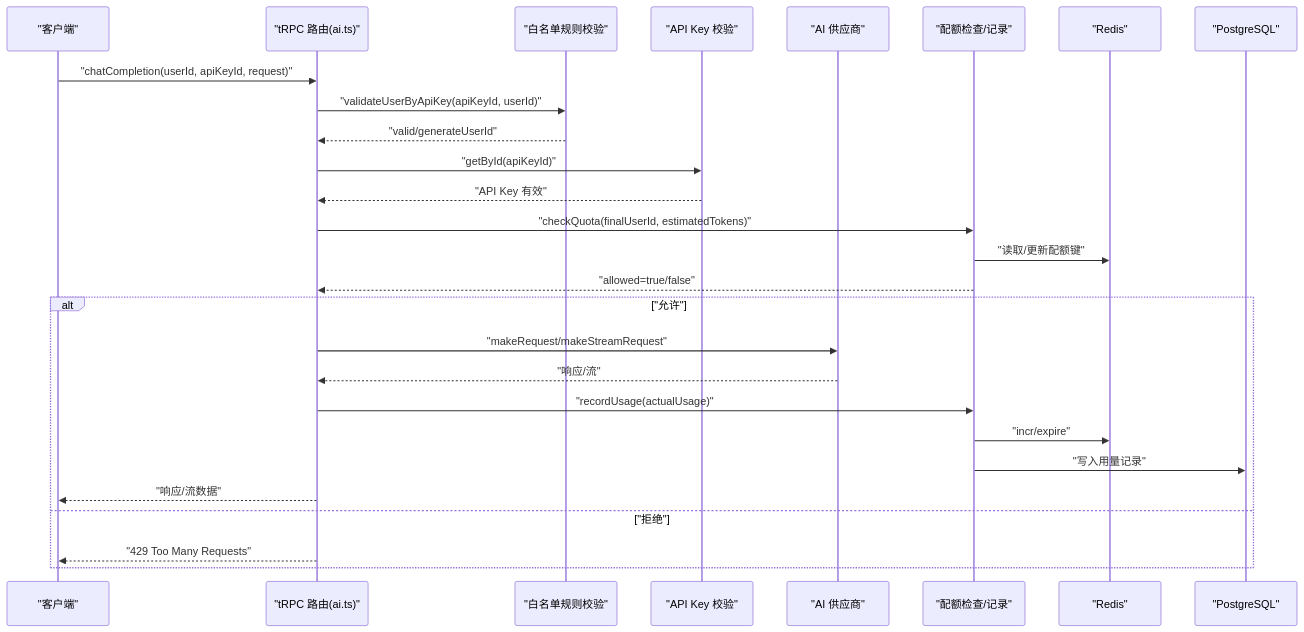
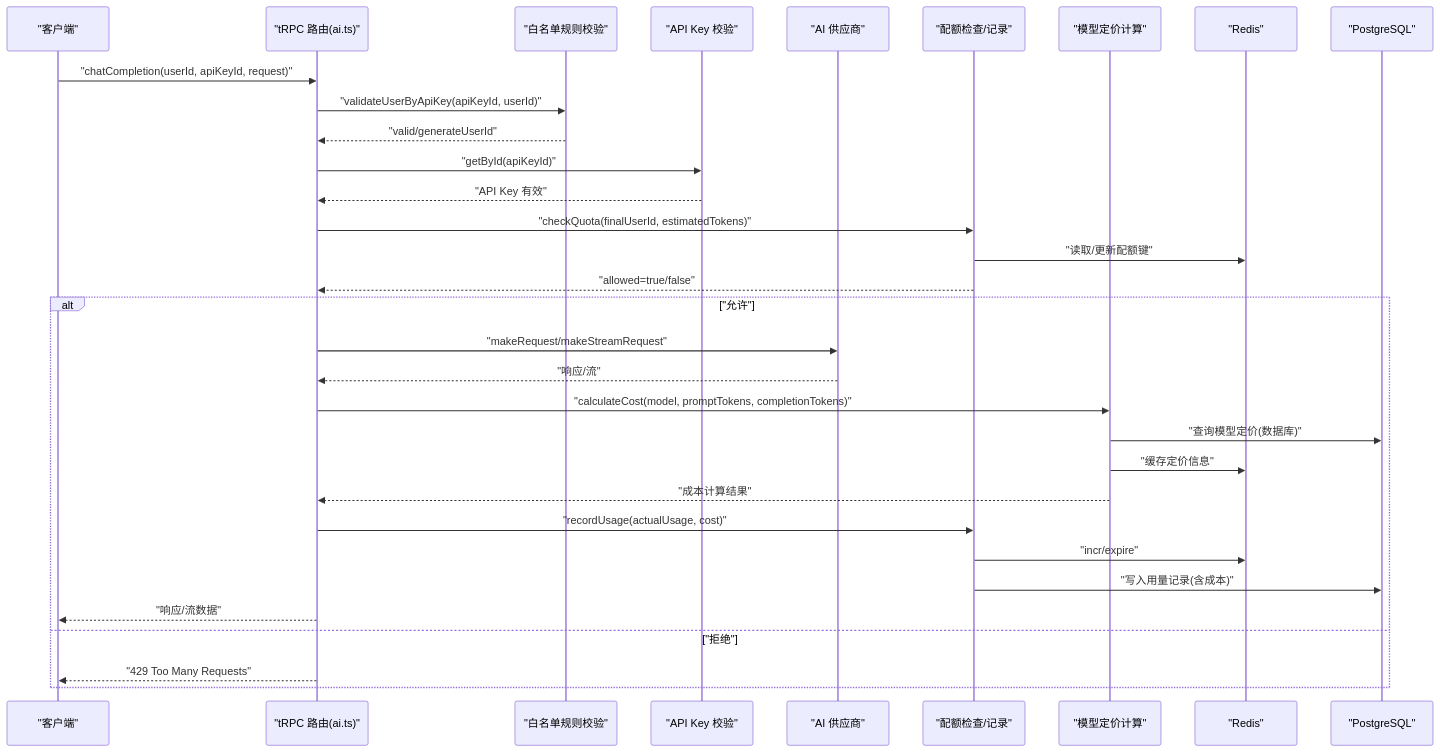
One commit to RadiumAg/AIGate changed the second of 11 diagrams in .qoder/repowiki/zh/content/核心功能/核心功能.md. Above: the diagram before and after it, drawn with Mermaid. The commit also changed other lines of this file and 15 other files, not shown here.

````diff
--- a/.qoder/repowiki/zh/content/核心功能/核心功能.md
+++ b/.qoder/repowiki/zh/content/核心功能/核心功能.md
@@ -99,29 +129,34 @@
 ```mermaid
 sequenceDiagram
 participant C as "客户端"
 participant T as "tRPC 路由(ai.ts)"
 participant W as "白名单规则校验"
 participant K as "API Key 校验"
 participant P as "AI 供应商"
 participant Q as "配额检查/记录"
+participant M as "模型定价计算"
 participant R as "Redis"
 participant D as "PostgreSQL"
 C->>T : "chatCompletion(userId, apiKeyId, request)"
 T->>W : "validateUserByApiKey(apiKeyId, userId)"
 W-->>T : "valid/generateUserId"
 T->>K : "getById(apiKeyId)"
 K-->>T : "API Key 有效"
 T->>Q : "checkQuota(finalUserId, estimatedTokens)"
 Q->>R : "读取/更新配额键"
 Q-->>T : "allowed=true/false"
 alt "允许"
 T->>P : "makeRequest/makeStreamRequest"
 P-->>T : "响应/流"
-T->>Q : "recordUsage(actualUsage)"
+T->>M : "calculateCost(model, promptTokens, completionTokens)"
+M->>D : "查询模型定价(数据库)"
+M->>R : "缓存定价信息"
+M-->>T : "成本计算结果"
+T->>Q : "recordUsage(actualUsage, cost)"
 Q->>R : "incr/expire"
-Q->>D : "写入用量记录"
+Q->>D : "写入用量记录(含成本)"
 T-->>C : "响应/流数据"
 else "拒绝"
 T-->>C : "429 Too Many Requests"
 end
 ```
````
